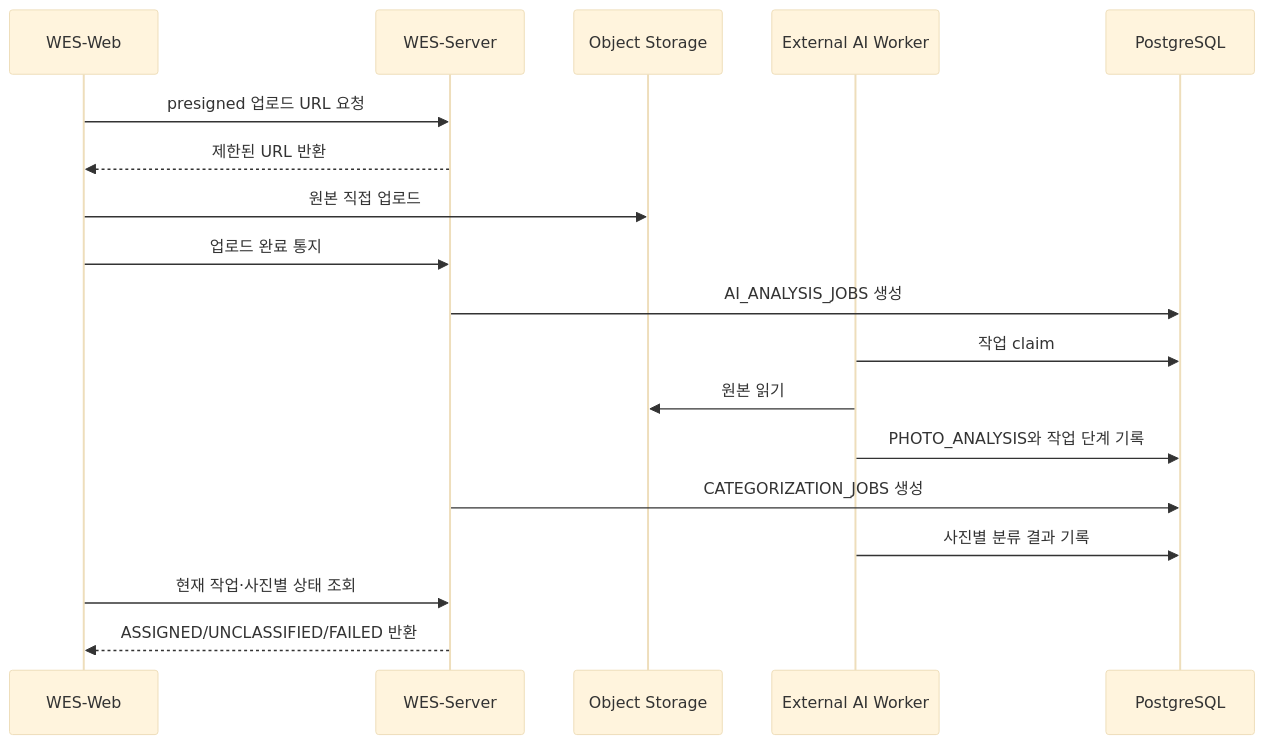
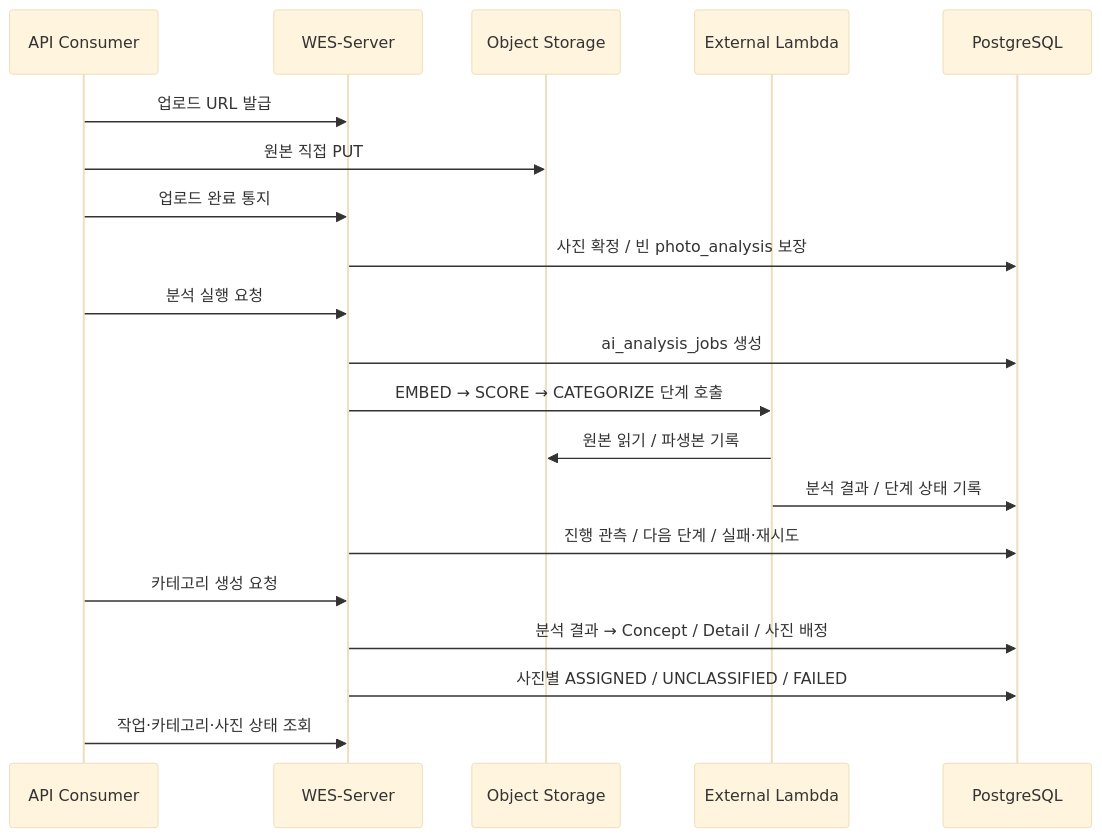
One commit to organic-agent/WES-DOCS changed the diagram in docs/tech/ai-pipeline.md. Above: the diagram before and after it, drawn with Mermaid (base theme). The commit also changed other lines of this file and 77 other files, not shown here.

````diff
--- a/docs/tech/ai-pipeline.md
+++ b/docs/tech/ai-pipeline.md
@@ -13,21 +13,22 @@
 ```mermaid
 sequenceDiagram
-    participant B as WES-Web
+    participant B as API Consumer
     participant API as WES-Server
     participant S3 as Object Storage
-    participant W as External AI Worker
+    participant W as External Lambda
     participant DB as PostgreSQL
-
-    B->>API: presigned 업로드 URL 요청
-    API-->>B: 제한된 URL 반환
-    B->>S3: 원본 직접 업로드
+    B->>API: 업로드 URL 발급
+    B->>S3: 원본 직접 PUT
     B->>API: 업로드 완료 통지
-    API->>DB: AI_ANALYSIS_JOBS 생성
-    W->>DB: 작업 claim
-    W->>S3: 원본 읽기
-    W->>DB: PHOTO_ANALYSIS와 작업 단계 기록
-    API->>DB: CATEGORIZATION_JOBS 생성
-    W->>DB: 사진별 분류 결과 기록
-    B->>API: 현재 작업·사진별 상태 조회
-    API-->>B: ASSIGNED/UNCLASSIFIED/FAILED 반환
+    API->>DB: 사진 확정 / 빈 photo_analysis 보장
+    B->>API: 분석 실행 요청
+    API->>DB: ai_analysis_jobs 생성
+    API->>W: EMBED → SCORE → CATEGORIZE 단계 호출
+    W->>S3: 원본 읽기 / 파생본 기록
+    W->>DB: 분석 결과 / 단계 상태 기록
+    API->>DB: 진행 관측 / 다음 단계 / 실패·재시도
+    B->>API: 카테고리 생성 요청
+    API->>DB: 분석 결과 → Concept / Detail / 사진 배정
+    API->>DB: 사진별 ASSIGNED / UNCLASSIFIED / FAILED
+    B->>API: 작업·카테고리·사진 상태 조회
 ```
````
